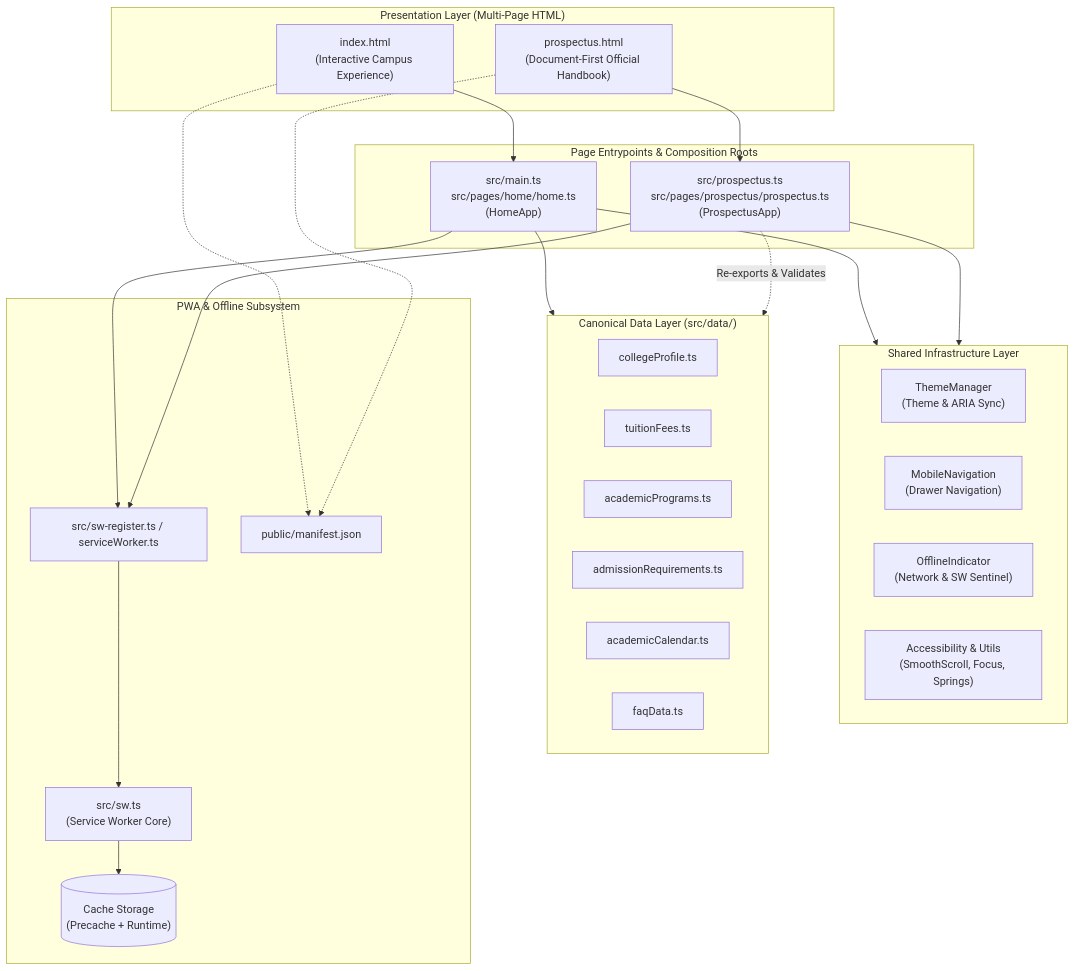
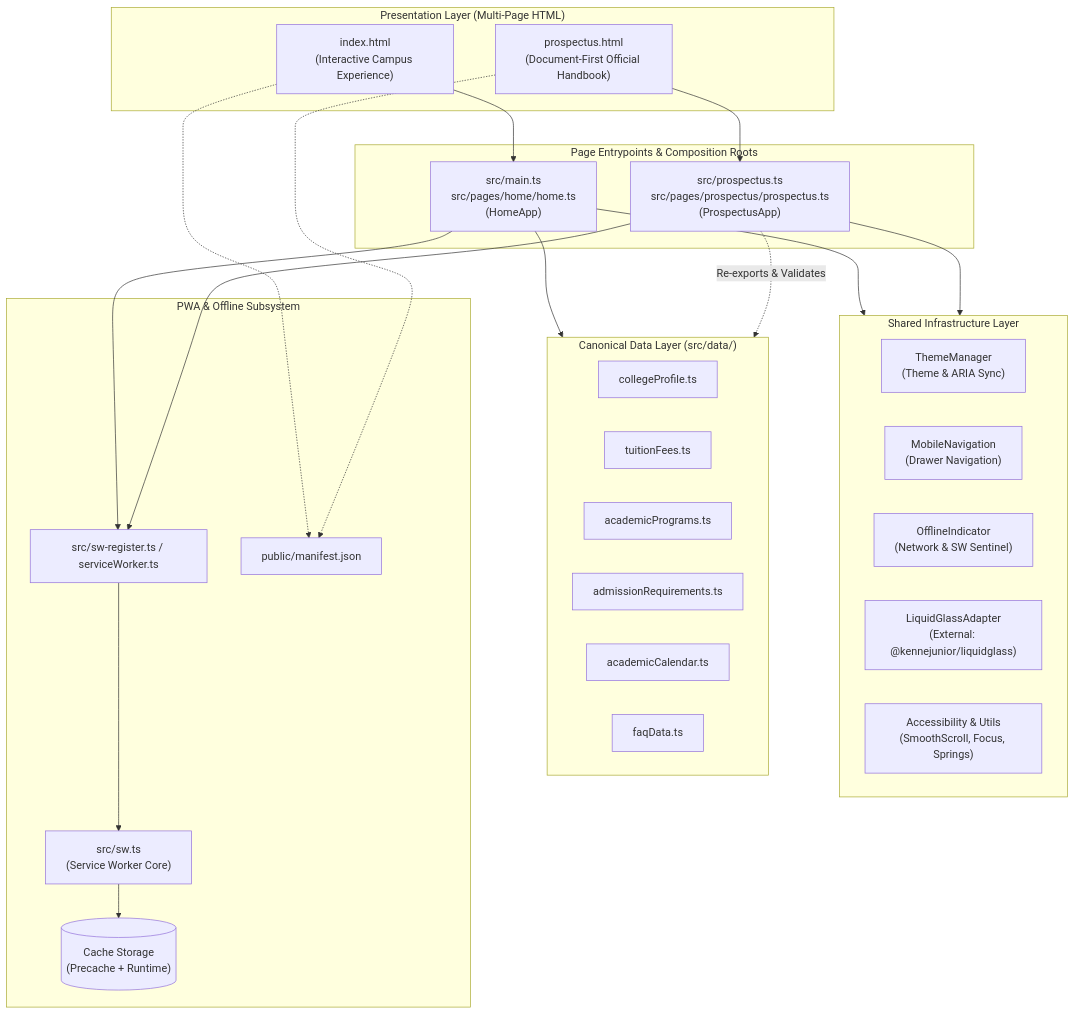
Before and after one commit to KenneJunior/st-joseph: the diagram in docs/diagrams/application-architecture.mmd, drawn with Mermaid. The commit also changed 2 other files, not shown here.

Commit message:
docs(diagrams): update application and infrastructure diagrams
Reflect the homepage flow and shared infrastructure additions in the architecture diagrams.

```diff
--- a/docs/diagrams/application-architecture.mmd
+++ b/docs/diagrams/application-architecture.mmd
@@ -1,55 +1,56 @@
 %% ============================================================================
 %% SJCCC High-Level Application Architecture
 %% Shows the high-level system relationship between Homepage, Prospectus,
 %% Shared Infrastructure, Data Layer, and PWA/Service Worker.
 %% ============================================================================
 flowchart TD
     subgraph PresentationLayer["Presentation Layer (Multi-Page HTML)"]
         HTML_Home["index.html<br/>(Interactive Campus Experience)"]
         HTML_Prospectus["prospectus.html<br/>(Document-First Official Handbook)"]
     end
 
     subgraph Entrypoints["Page Entrypoints & Composition Roots"]
         Entry_Home["src/main.ts<br/>src/pages/home/home.ts<br/>(HomeApp)"]
         Entry_Prospectus["src/prospectus.ts<br/>src/pages/prospectus/prospectus.ts<br/>(ProspectusApp)"]
     end
 
     subgraph SharedInfra["Shared Infrastructure Layer"]
         TM["ThemeManager<br/>(Theme & ARIA Sync)"]
         MN["MobileNavigation<br/>(Drawer Navigation)"]
         OI["OfflineIndicator<br/>(Network & SW Sentinel)"]
+        LGA["LiquidGlassAdapter<br/>(External: @kennejunior/liquidglass)"]
         A11y["Accessibility & Utils<br/>(SmoothScroll, Focus, Springs)"]
     end
 
     subgraph DataLayer["Canonical Data Layer (src/data/)"]
         DATA_Profile["collegeProfile.ts"]
         DATA_Fees["tuitionFees.ts"]
         DATA_Programs["academicPrograms.ts"]
         DATA_Admissions["admissionRequirements.ts"]
         DATA_Calendar["academicCalendar.ts"]
         DATA_FAQ["faqData.ts"]
     end
 
     subgraph PWALayer["PWA & Offline Subsystem"]
         SW_Register["src/sw-register.ts / serviceWorker.ts"]
         SW_Core["src/sw.ts<br/>(Service Worker Core)"]
         Cache_Storage[("Cache Storage<br/>(Precache + Runtime)")]
         Manifest["public/manifest.json"]
     end
 
     HTML_Home --> Entry_Home
     HTML_Prospectus --> Entry_Prospectus
 
     Entry_Home --> SharedInfra
     Entry_Prospectus --> SharedInfra
 
     Entry_Home --> DataLayer
     Entry_Prospectus -.->|Re-exports & Validates| DataLayer
 
     Entry_Home --> SW_Register
     Entry_Prospectus --> SW_Register
 
     SW_Register --> SW_Core
     SW_Core --> Cache_Storage
     HTML_Home -.-> Manifest
     HTML_Prospectus -.-> Manifest
```
